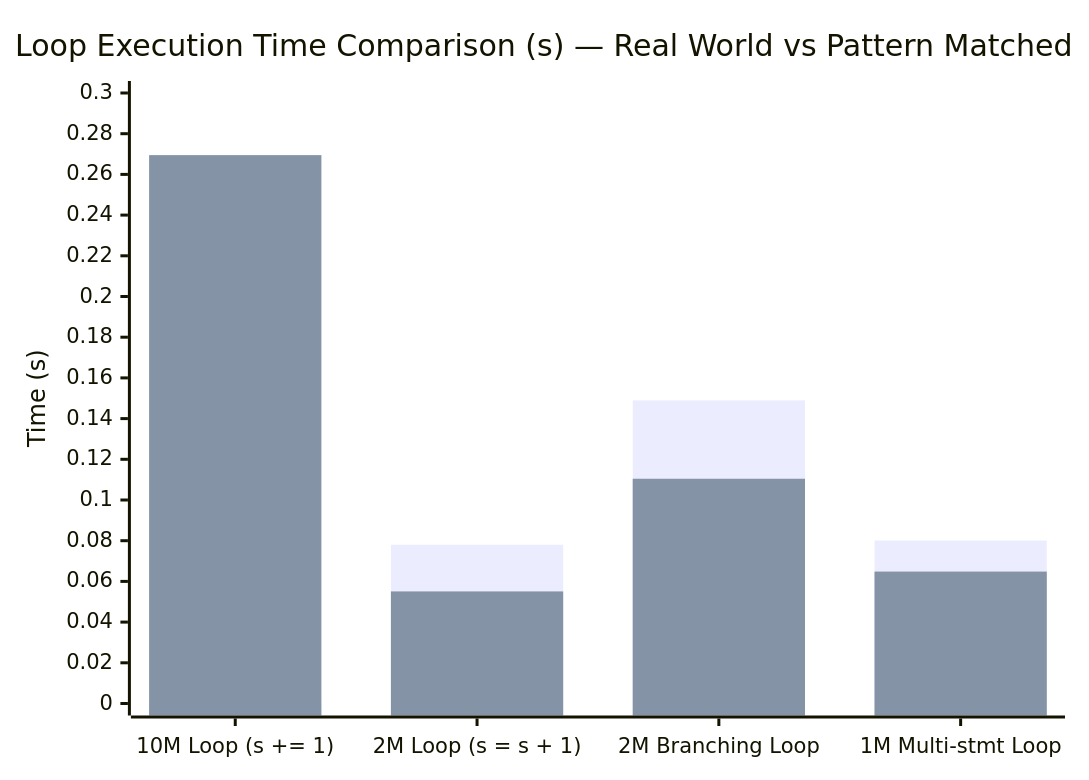
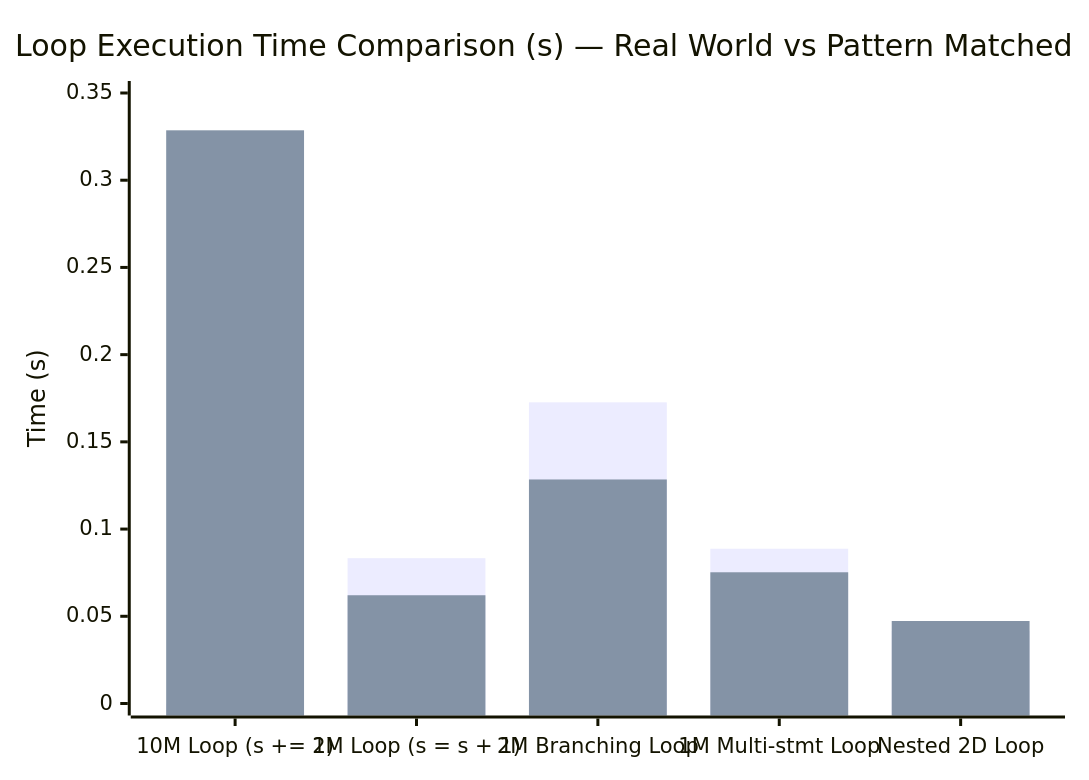
The first of 2 diagrams in final_sumary.md (babar-xagi/zython-), drawn with Mermaid before and after one commit. The commit also changed other lines of this file and 11 other files, not shown here.

````diff
--- a/final_sumary.md
+++ b/final_sumary.md
@@ -110,8 +109,8 @@
 ```mermaid
 xychart-beta
     title "Loop Execution Time Comparison (s) — Real World vs Pattern Matched"
-    x-axis ["10M Loop (s += 1)", "2M Loop (s = s + 1)", "2M Branching Loop", "1M Multi-stmt Loop"]
-    y-axis "Time (s)" 0.0 --> 0.30
-    bar [0.000002, 0.07801, 0.14896, 0.08009]
-    bar [0.269469, 0.05507, 0.11044, 0.06483]
+    x-axis ["10M Loop (s += 1)", "2M Loop (s = s + 1)", "2M Branching Loop", "1M Multi-stmt Loop", "Nested 2D Loop"]
+    y-axis "Time (s)" 0.0 --> 0.35
+    bar [0.000003, 0.08331, 0.17266, 0.08874, 0.04165]
+    bar [0.328611, 0.06206, 0.12844, 0.07523, 0.04729]
 ```
````
